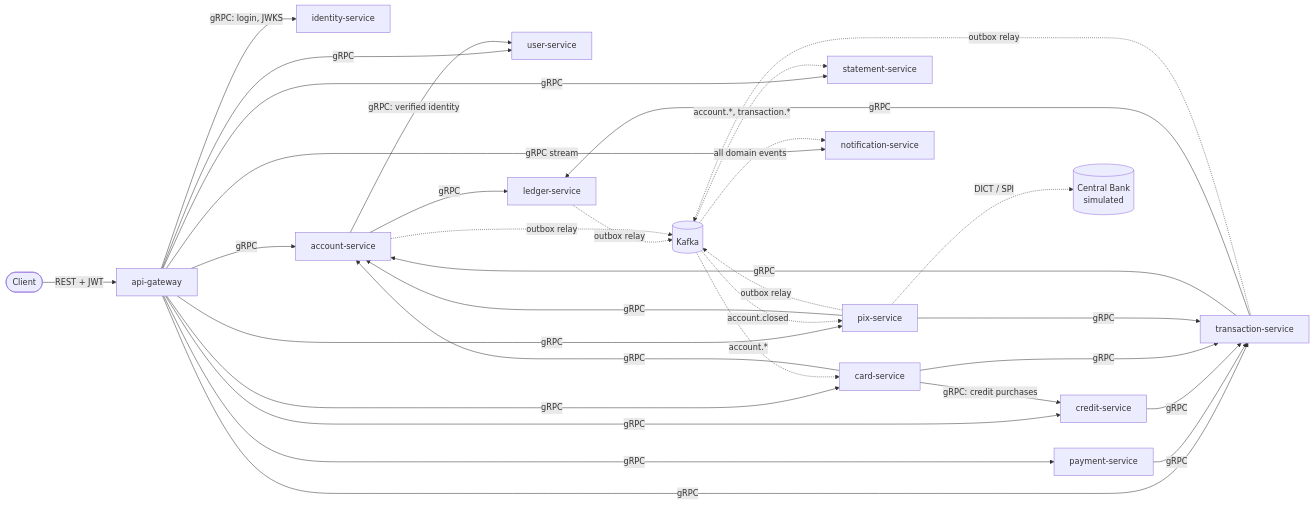
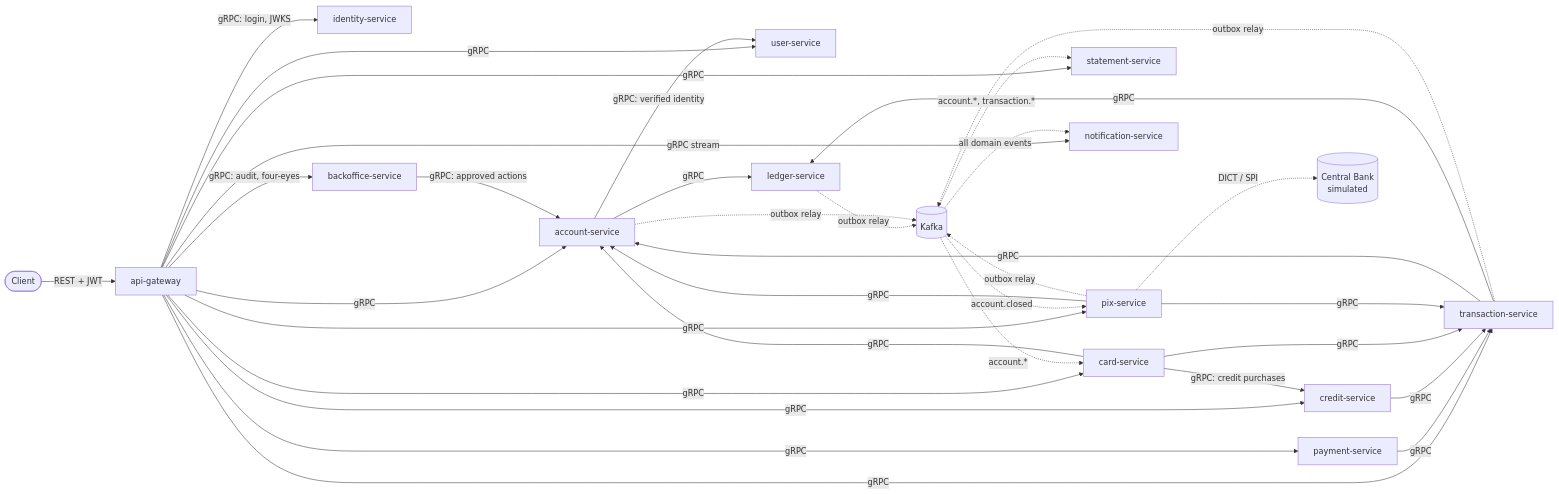
One commit to ViniciusMicarelli/digital-bank-platform changed the diagram in README.md. Above: the diagram before and after it, drawn with Mermaid. The commit also changed other lines of this file and 50 other files, not shown here.

````diff
--- a/README.md
+++ b/README.md
@@ -16,32 +16,34 @@
 ```mermaid
 flowchart LR
     C([Client]) -->|REST + JWT| GW[api-gateway]
     GW -->|gRPC: login, JWKS| IDN[identity-service]
     GW -->|gRPC| ACC[account-service]
     GW -->|gRPC| TRX[transaction-service]
     GW -->|gRPC| PIX[pix-service]
     GW -->|gRPC| STM[statement-service]
     GW -->|gRPC| CRD[card-service]
     GW -->|gRPC| CRE[credit-service]
     GW -->|gRPC| PAY[payment-service]
     GW -->|gRPC stream| NTF[notification-service]
     GW -->|gRPC| USR[user-service]
+    GW -->|gRPC: audit, four-eyes| BO[backoffice-service]
+    BO -->|gRPC: approved actions| ACC
     ACC -->|gRPC: verified identity| USR
     PAY -->|gRPC| TRX
     CRD -->|gRPC: credit purchases| CRE
     CRE -->|gRPC| TRX
     CRD -->|gRPC| TRX
     CRD -->|gRPC| ACC
     PIX -->|gRPC| TRX
     PIX -->|gRPC| ACC
     PIX -.->|DICT / SPI| BCB[(Central Bank<br/>simulated)]
     TRX -->|gRPC| ACC
     TRX -->|gRPC| LED[ledger-service]
     ACC -->|gRPC| LED
 
     LED & ACC & TRX & PIX -.->|outbox relay| K[(Kafka)]
     K -.->|account.*, transaction.*| STM
     K -.->|account.closed| PIX
     K -.->|account.*| CRD
     K -.->|all domain events| NTF
 ```
````
